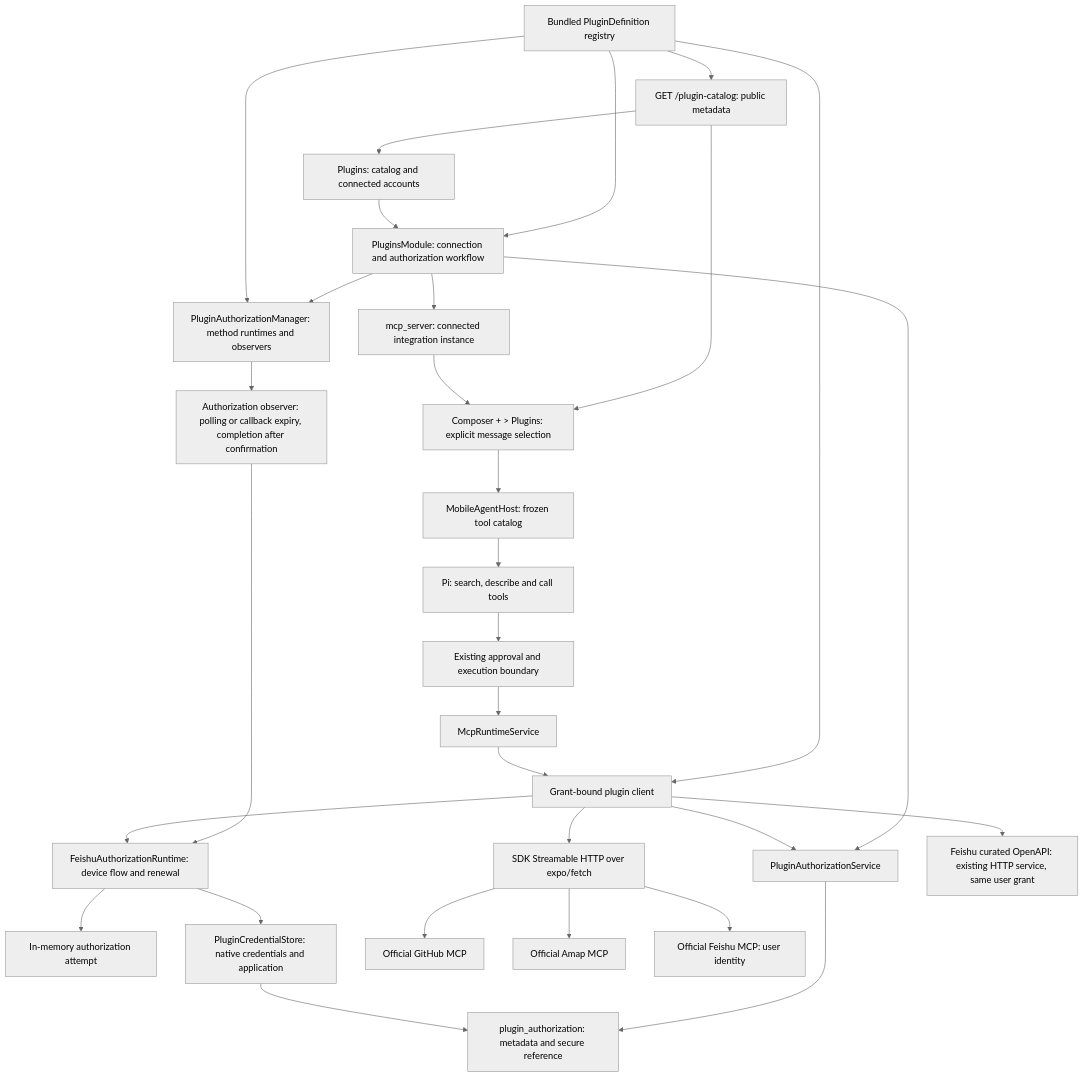
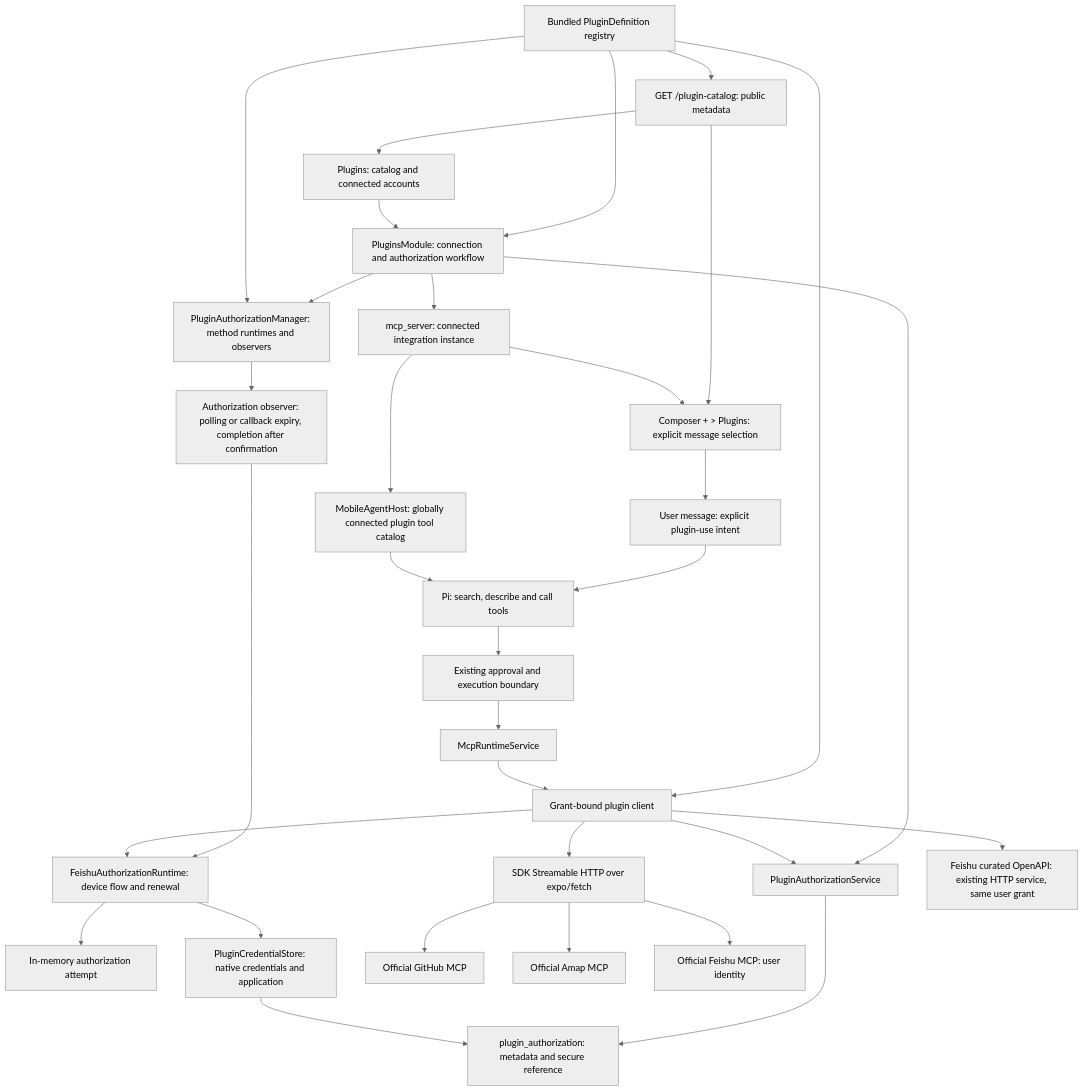
One commit to CherryHQ/cherry-studio-app changed the diagram in docs/references/agent/built-in-mcp-design.md. Above: the diagram before and after it, drawn with Mermaid (neutral theme). The commit also changed other lines of this file and 14 other files, not shown here.

````diff
--- a/docs/references/agent/built-in-mcp-design.md
+++ b/docs/references/agent/built-in-mcp-design.md
@@ -386,32 +392,34 @@
 ```mermaid
 flowchart TD
   Registry["Bundled PluginDefinition registry"] --> Catalog["GET /plugin-catalog: public metadata"]
   Catalog --> Settings["Plugins: catalog and connected accounts"]
   Registry --> Workflow["PluginsModule: connection and authorization workflow"]
   Settings --> Workflow
   Registry --> Client["Grant-bound plugin client"]
   Workflow --> Auth["PluginAuthorizationService"]
   Auth --> AuthTable["plugin_authorization: metadata and secure reference"]
   Workflow --> Manager["PluginAuthorizationManager: method runtimes and observers"]
   Registry --> Manager
   Manager --> Observer["Authorization observer: polling or callback expiry, completion after confirmation"]
   Observer --> UserAuth["FeishuAuthorizationRuntime: device flow and renewal"]
   UserAuth --> State["In-memory authorization attempt"]
   UserAuth --> Secrets["PluginCredentialStore: native credentials and application"]
   Secrets --> AuthTable
   Workflow --> Server["mcp_server: connected integration instance"]
   Catalog --> Picker["Composer + > Plugins: explicit message selection"]
   Server --> Picker
-  Picker --> Host["MobileAgentHost: frozen tool catalog"]
+  Server --> Host["MobileAgentHost: globally connected plugin tool catalog"]
+  Picker --> Intent["User message: explicit plugin-use intent"]
+  Intent --> Pi
   Host --> Pi["Pi: search, describe and call tools"]
   Pi --> Approval["Existing approval and execution boundary"]
   Approval --> MCP["McpRuntimeService"]
   MCP --> Client
   Client --> Auth
   Client --> UserAuth
   Client --> Remote["SDK Streamable HTTP over expo/fetch"]
   Remote --> GitHub["Official GitHub MCP"]
   Remote --> Amap["Official Amap MCP"]
   Remote --> Feishu["Official Feishu MCP: user identity"]
   Client --> FeishuApi["Feishu curated OpenAPI: existing HTTP service, same user grant"]
 ```
````
